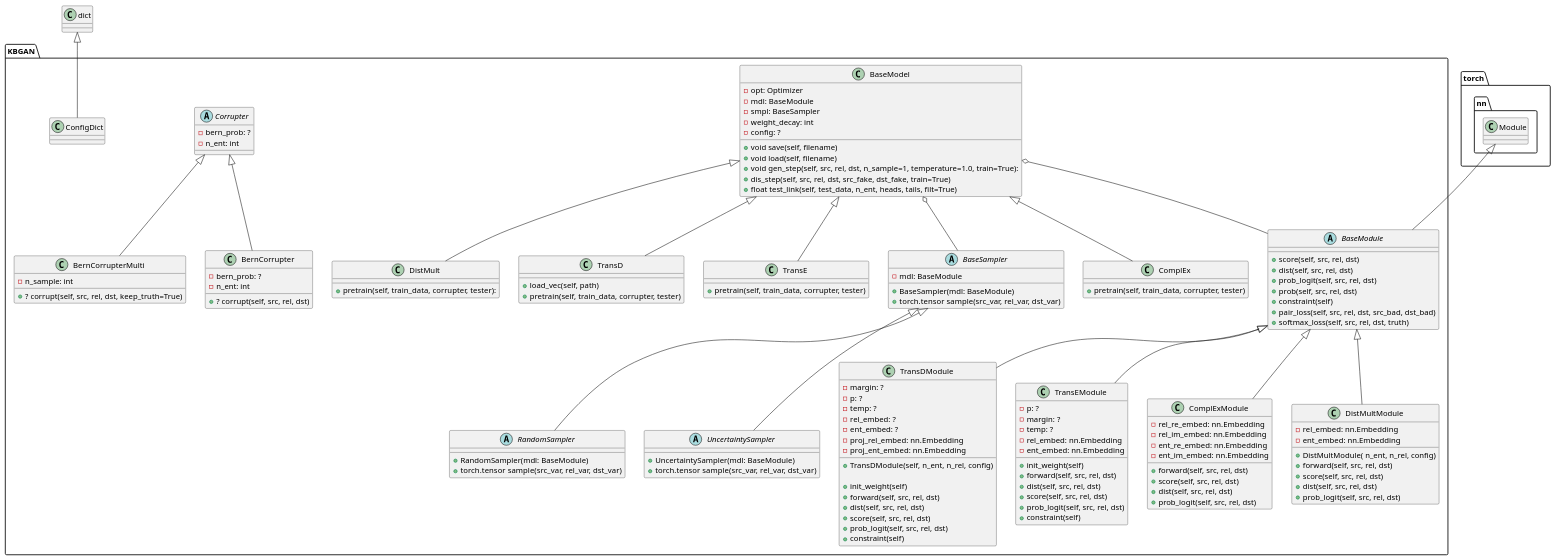
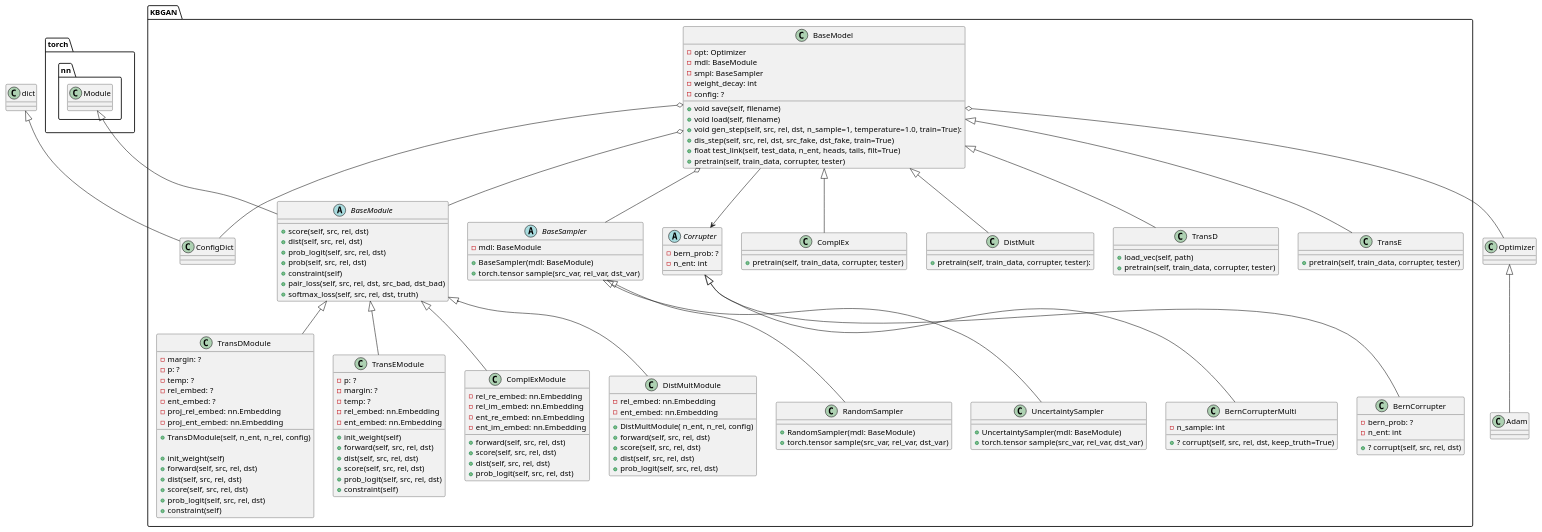
The diagram in Implementation/KBGAN/plant_uml/new_classdiagram.puml (ChristophSc/master-thesis), drawn with PlantUML before and after one commit. The commit also changed 2 other files, not shown here.

Commit message:
adjusted classdiagram, added sequence diagram

```diff
--- a/Implementation/KBGAN/plant_uml/new_classdiagram.puml
+++ b/Implementation/KBGAN/plant_uml/new_classdiagram.puml
@@ -1,173 +1,186 @@
 @startuml
 
 ' ------------ Modules ------------
 class torch.nn.Module {}
 
 abstract class KBGAN.BaseModule {
   + score(self, src, rel, dst)
   + dist(self, src, rel, dst)
   + prob_logit(self, src, rel, dst)
   + prob(self, src, rel, dst)
   + constraint(self)
   + pair_loss(self, src, rel, dst, src_bad, dst_bad)
   + softmax_loss(self, src, rel, dst, truth)
 }
 torch.nn.Module <|-- KBGAN.BaseModule
 
 class KBGAN.ComplExModule {
   - rel_re_embed: nn.Embedding
   - rel_im_embed: nn.Embedding
   - ent_re_embed: nn.Embedding
   - ent_im_embed: nn.Embedding
 
   + forward(self, src, rel, dst)
   + score(self, src, rel, dst)
   + dist(self, src, rel, dst)
   + prob_logit(self, src, rel, dst)
 
 }
 KBGAN.BaseModule <|-- KBGAN.ComplExModule
 
 class KBGAN.DistMultModule {
   - rel_embed: nn.Embedding
   - ent_embed: nn.Embedding
 
   + DistMultModule( n_ent, n_rel, config)
   + forward(self, src, rel, dst)
   + score(self, src, rel, dst)
   + dist(self, src, rel, dst)
   + prob_logit(self, src, rel, dst)
 }
 KBGAN.BaseModule <|-- KBGAN.DistMultModule
 
 class KBGAN.TransDModule {
   - margin: ?
   - p: ?
   - temp: ?
   - rel_embed: ?
   - ent_embed: ?
   - proj_rel_embed: nn.Embedding
   - proj_ent_embed: nn.Embedding
 
   + TransDModule(self, n_ent, n_rel, config)
 
   + init_weight(self)
   + forward(self, src, rel, dst)
   + dist(self, src, rel, dst)
   + score(self, src, rel, dst)
   + prob_logit(self, src, rel, dst)
   + constraint(self)
 }
 KBGAN.BaseModule <|-- KBGAN.TransDModule
 
 class KBGAN.TransEModule {
   - p: ?
   - margin: ?
   - temp: ?
   - rel_embed: nn.Embedding
   - ent_embed: nn.Embedding
 
   + init_weight(self)
   + forward(self, src, rel, dst)
   + dist(self, src, rel, dst)
   + score(self, src, rel, dst)
   + prob_logit(self, src, rel, dst)
   + constraint(self)
 }
 KBGAN.BaseModule <|-- KBGAN.TransEModule
 
 ' ------------ Sampler ------------
 abstract class KBGAN.BaseSampler {
   - mdl: BaseModule
 
   + BaseSampler(mdl: BaseModule)
   + torch.tensor sample(src_var, rel_var, dst_var) 
 }
 KBGAN.BaseModel o-- KBGAN.BaseSampler 
 
-abstract class KBGAN.RandomSampler {
+class KBGAN.RandomSampler {
   + RandomSampler(mdl: BaseModule)
   + torch.tensor sample(src_var, rel_var, dst_var) 
 }
 KBGAN.BaseSampler <|-- KBGAN.RandomSampler
 
 
-abstract class KBGAN.UncertaintySampler {
+class KBGAN.UncertaintySampler {
   + UncertaintySampler(mdl: BaseModule)
   + torch.tensor sample(src_var, rel_var, dst_var) 
 }
 KBGAN.BaseSampler <|-- KBGAN.UncertaintySampler
+
+' ------------ Config ------------
+class KBGAN.ConfigDict {
+
+}
+dict <|-- KBGAN.ConfigDict
+
+' ------------ Optimizer ------------
+class Optimizer {
+
+}
+
+class Adam {
+
+}
+Optimizer <|-- Adam
 
 ' ------------ Models ------------
 class KBGAN.BaseModel {
   - opt: Optimizer
   - mdl: BaseModule
   - smpl: BaseSampler
   - weight_decay: int
   - config: ?
 
   + void save(self, filename)
   + void load(self, filename)
   + void gen_step(self, src, rel, dst, n_sample=1, temperature=1.0, train=True):
   + dis_step(self, src, rel, dst, src_fake, dst_fake, train=True)
   + float test_link(self, test_data, n_ent, heads, tails, filt=True)
+  + pretrain(self, train_data, corrupter, tester)
 }
 KBGAN.BaseModel o-- KBGAN.BaseModule 
+KBGAN.BaseModel o-- KBGAN.ConfigDict
+KBGAN.BaseModel o-- Optimizer
+KBGAN.BaseModel --> KBGAN.Corrupter
 
 class KBGAN.ComplEx {
   + pretrain(self, train_data, corrupter, tester)
 }
 KBGAN.BaseModel <|-- KBGAN.ComplEx
 
 
 class KBGAN.DistMult {
   + pretrain(self, train_data, corrupter, tester):
 }
 KBGAN.BaseModel <|-- KBGAN.DistMult
 
 class KBGAN.TransD {
   + load_vec(self, path)
   + pretrain(self, train_data, corrupter, tester)
 }
 KBGAN.BaseModel <|-- KBGAN.TransD
 
 class KBGAN.TransE {
   + pretrain(self, train_data, corrupter, tester)
 }
 KBGAN.BaseModel <|-- KBGAN.TransE
 
 
 
 
 
 
 ' ------------ Corrupter ------------
 abstract class KBGAN.Corrupter {
   - bern_prob: ?
   - n_ent: int
 }
 
 class KBGAN.BernCorrupterMulti {
   - n_sample: int
 
   + ? corrupt(self, src, rel, dst, keep_truth=True)
 }
 KBGAN.Corrupter <|-- KBGAN.BernCorrupterMulti
 
 class KBGAN.BernCorrupter {
   - bern_prob: ?
   - n_ent: int
 
   + ? corrupt(self, src, rel, dst)
 }
 KBGAN.Corrupter <|-- KBGAN.BernCorrupter
 
-' ------------ Config ------------
-class KBGAN.ConfigDict {
-
-}
-dict <|-- KBGAN.ConfigDict
-
-
 
 @enduml
```
